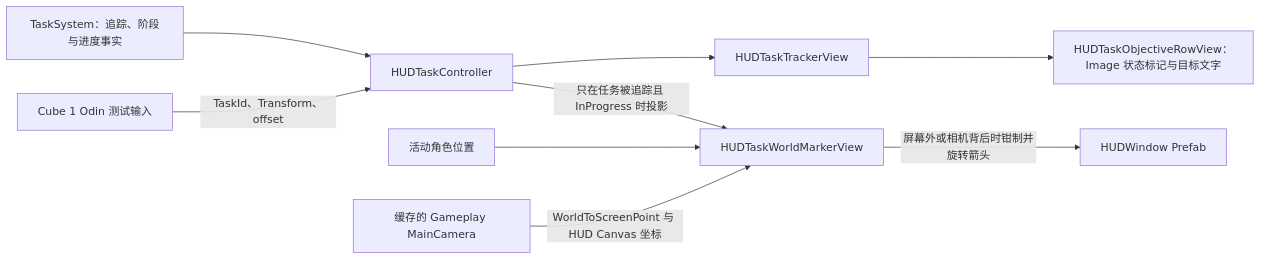
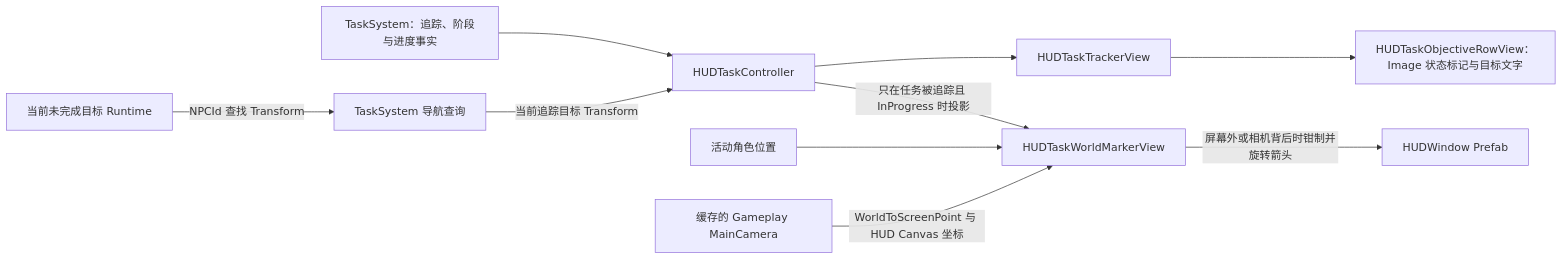
Before and after one commit to Whitesheeeep/3DRPG: the ninth of 11 diagrams in Assets/Scripts/TaskSystem/TaskSystem_Architecture.md, drawn with Mermaid. The commit also changed other lines of this file and 142 other files, not shown here.

```diff
--- a/Assets/Scripts/TaskSystem/TaskSystem_Architecture.md
+++ b/Assets/Scripts/TaskSystem/TaskSystem_Architecture.md
@@ -368,11 +355,12 @@
 ~~~mermaid
 flowchart LR
     TaskSystem[TaskSystem：追踪、阶段与进度事实] --> Controller[HUDTaskController]
     Controller --> Tracker[HUDTaskTrackerView]
     Tracker --> Rows[HUDTaskObjectiveRowView：Image 状态标记与目标文字]
-    Tester[Cube 1 Odin 测试输入] -->|TaskId、Transform、offset| Controller
+    Objective[当前未完成目标 Runtime] -->|NPCId 查找 Transform| NavQuery[TaskSystem 导航查询]
+    NavQuery -->|当前追踪目标 Transform| Controller
     Player[活动角色位置] --> Marker[HUDTaskWorldMarkerView]
     Camera[缓存的 Gameplay MainCamera] -->|WorldToScreenPoint 与 HUD Canvas 坐标| Marker
     Controller -->|只在任务被追踪且 InProgress 时投影| Marker
     Marker -->|屏幕外或相机背后时钳制并旋转箭头| HUD[HUDWindow Prefab]
 ~~~
```
